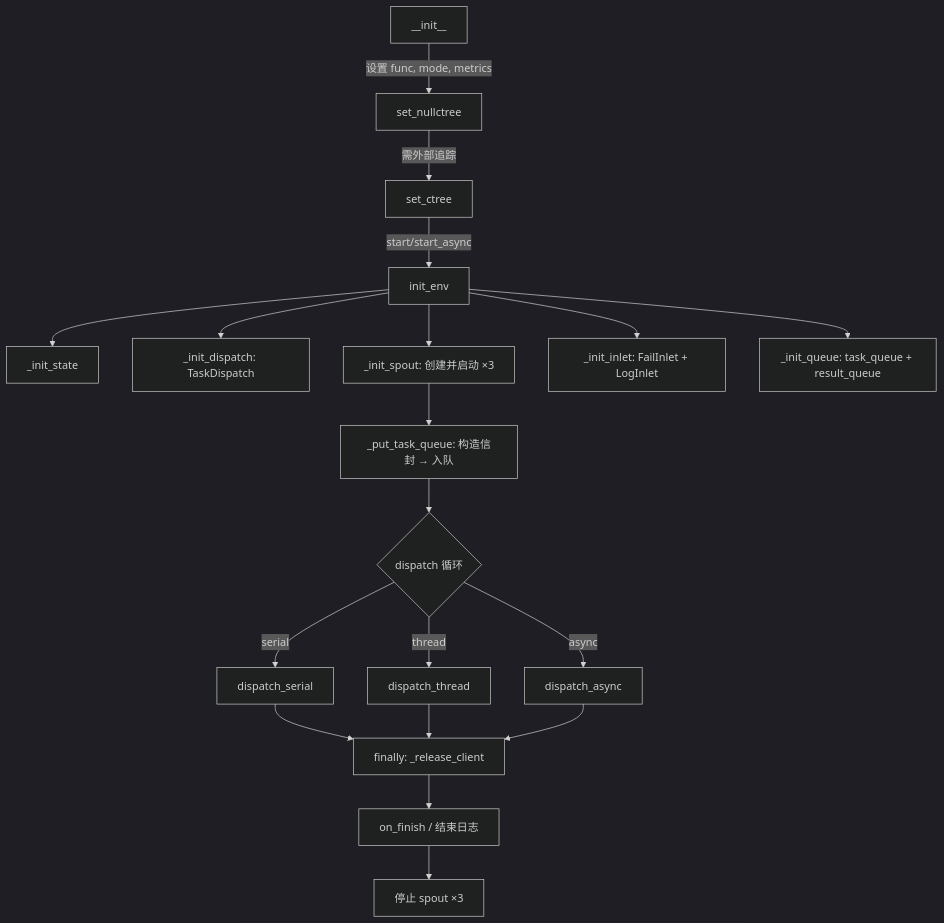
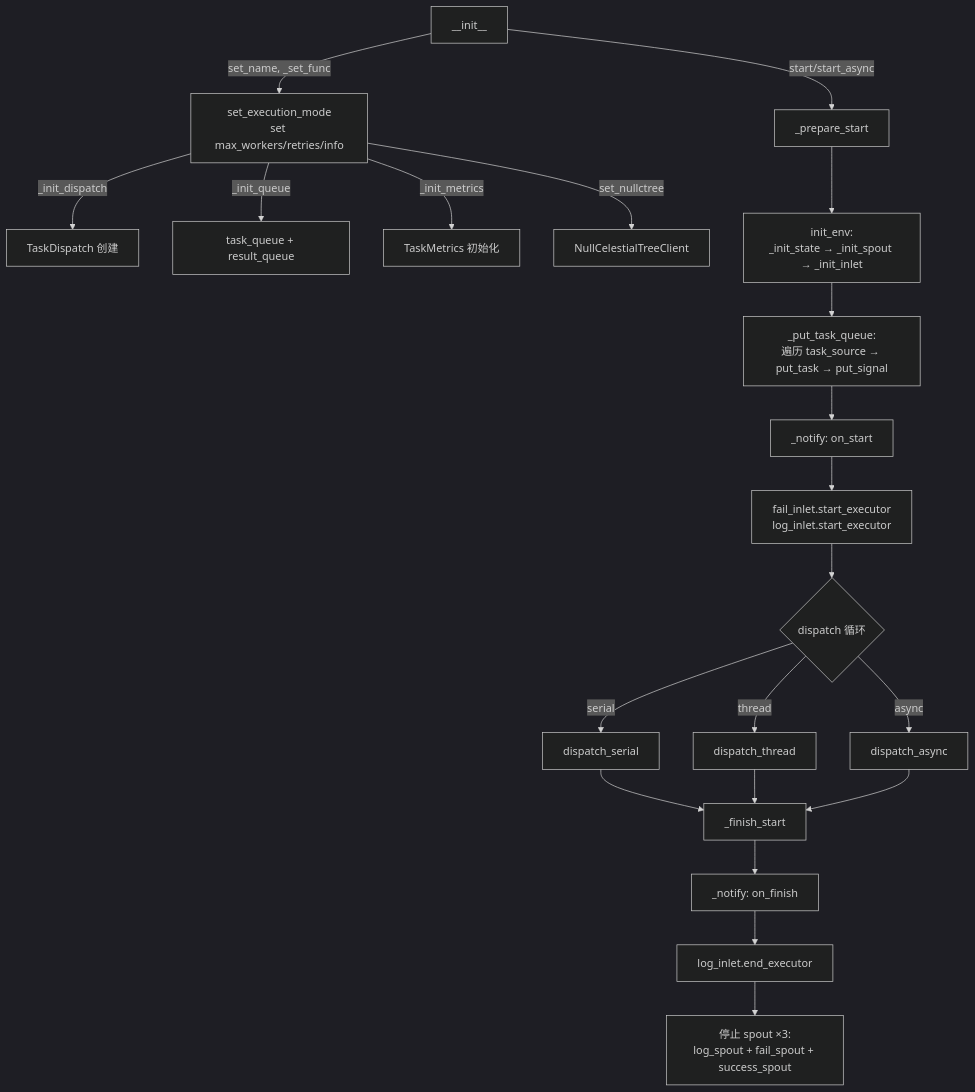
Before and after one commit to Mr-xiaotian/CelestialFlow: the diagram in docs/zh-CN/src/stage/core_executor.md, drawn with Mermaid (dark theme). The commit also changed other lines of this file and 94 other files, not shown here.

````diff
--- a/docs/zh-CN/src/stage/core_executor.md
+++ b/docs/zh-CN/src/stage/core_executor.md
@@ -188,22 +164,27 @@
 ```mermaid
 flowchart TD
-    INIT[__init__] -->|设置 func, mode, metrics| NULLCTREE[set_nullctree]
-    NULLCTREE -->|需外部追踪| SETCTREE[set_ctree]
-    SETCTREE -->|start/start_async| ENV[init_env]
-    ENV --> STATE[_init_state]
-    ENV --> DISPATCH_INIT[_init_dispatch: TaskDispatch]
-    ENV --> SPOUT[_init_spout: 创建并启动 ×3]
-    ENV --> INLET[_init_inlet: FailInlet + LogInlet]
-    ENV --> QUEUE[_init_queue: task_queue + result_queue]
-    SPOUT --> PUT[_put_task_queue: 构造信封 → 入队]
-    PUT --> RUN{dispatch 循环}
+    INIT[__init__] -->|set_name, _set_func| CONFIG[set_execution_mode<br/>set max_workers/retries/info]
+    CONFIG -->|_init_dispatch| DISPATCH[TaskDispatch 创建]
+    CONFIG -->|_init_queue| QUEUE[task_queue + result_queue]
+    CONFIG -->|_init_metrics| METRICS[TaskMetrics 初始化]
+    CONFIG -->|set_nullctree| CTREE[NullCelestialTreeClient]
+
+    INIT -->|start/start_async| PREPARE[_prepare_start]
+    PREPARE --> ENV[init_env:<br/>_init_state → _init_spout → _init_inlet]
+    ENV --> PUT[_put_task_queue:<br/>遍历 task_source → put_task → put_signal]
+    PUT --> NOTIFY_START[_notify: on_start]
+    NOTIFY_START --> LOG_START[fail_inlet.start_executor<br/>log_inlet.start_executor]
+
+    LOG_START --> RUN{dispatch 循环}
     RUN -->|serial| SERIAL[dispatch_serial]
     RUN -->|thread| THREAD[dispatch_thread]
     RUN -->|async| ASYNC[dispatch_async]
-    SERIAL --> CLEANUP[finally: _release_client]
-    THREAD --> CLEANUP
-    ASYNC --> CLEANUP
-    CLEANUP --> NOTIFY[on_finish / 结束日志]
-    NOTIFY --> STOP[停止 spout ×3]
 
+    SERIAL --> FINISH[_finish_start]
+    THREAD --> FINISH
+    ASYNC --> FINISH
+
+    FINISH --> NOTIFY_END[_notify: on_finish]
+    NOTIFY_END --> LOG_END[log_inlet.end_executor]
+    LOG_END --> STOP[停止 spout ×3:<br/>log_spout + fail_spout + success_spout]
 ```
````
